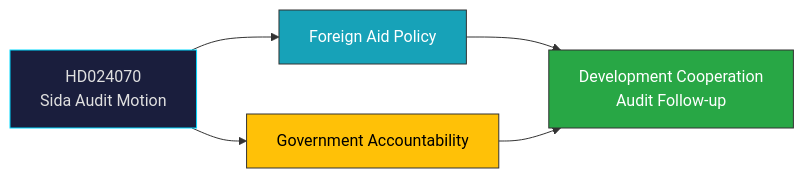
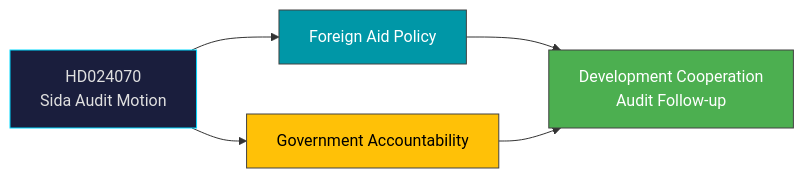
One commit to Hack23/riksdagsmonitor changed the diagram in analysis/daily/2026-04-08/realtime-1027/documents/hd024070-analysis.md. Above: the diagram before and after it, drawn with Mermaid. The commit also changed 785 other files, not shown here.

First line of the commit message:
Normalize mermaid colors across 786 analysis artifacts to ISMS Style Guide palette

````diff
--- a/analysis/daily/2026-04-08/realtime-1027/documents/hd024070-analysis.md
+++ b/analysis/daily/2026-04-08/realtime-1027/documents/hd024070-analysis.md
@@ -17,11 +17,11 @@
 ```mermaid
 graph LR
     A["HD024070<br/>Sida Audit Motion"] --> B["Foreign Aid Policy"]
     A --> C["Government Accountability"]
     B --> D["Development Cooperation<br/>Audit Follow-up"]
     C --> D
     style A fill:#1a1e3d,stroke:#00d9ff,color:#e0e0e0
-    style B fill:#17a2b8,stroke:#333,color:#fff
-    style C fill:#ffc107,stroke:#333,color:#000
-    style D fill:#28a745,stroke:#333,color:#fff
+    style B fill:#0097A7,stroke:#424242,color:#FFFFFF
+    style C fill:#FFC107,stroke:#424242,color:#000000
+    style D fill:#4CAF50,stroke:#424242,color:#FFFFFF
 ```
````
